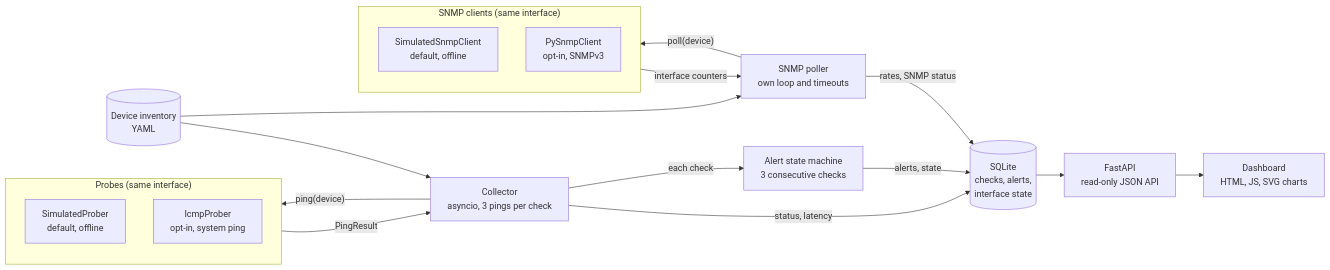
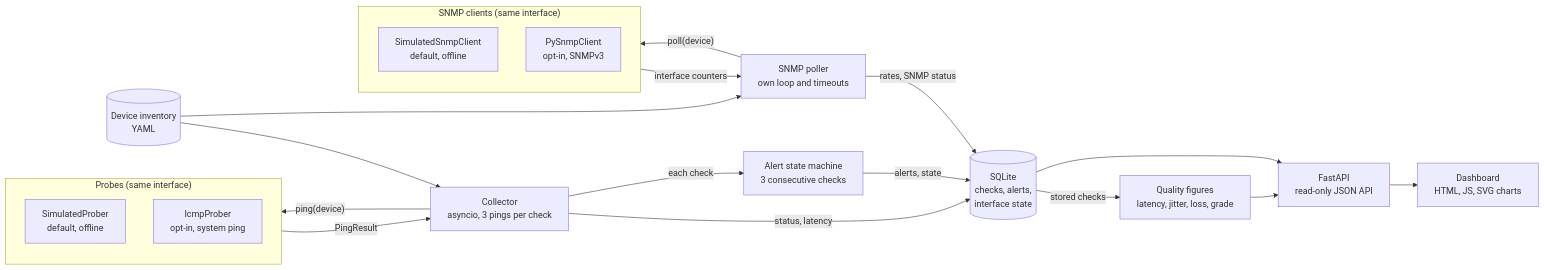
One commit to ImLukeRT/NetMonLT-Network-Monitoring-Tool changed the diagram in README.md. Above: the diagram before and after it, drawn with Mermaid. The commit also changed other lines of this file and 14 other files, not shown here.

````diff
--- a/README.md
+++ b/README.md
@@ -84,23 +88,25 @@
 ```mermaid
 flowchart LR
     inv[("Device inventory<br/>YAML")] --> col
     subgraph probes["Probes (same interface)"]
         sim["SimulatedProber<br/>default, offline"]
         icmp["IcmpProber<br/>opt-in, system ping"]
     end
     inv --> snmp
     subgraph snmpc["SNMP clients (same interface)"]
         ssim["SimulatedSnmpClient<br/>default, offline"]
         spy["PySnmpClient<br/>opt-in, SNMPv3"]
     end
     col["Collector<br/>asyncio, 3 pings per check"] -->|"ping(device)"| probes
     probes -->|"PingResult"| col
     snmp["SNMP poller<br/>own loop and timeouts"] -->|"poll(device)"| snmpc
     snmpc -->|"interface counters"| snmp
     col -->|"status, latency"| db[("SQLite<br/>checks, alerts,<br/>interface state")]
     col -->|"each check"| alert["Alert state machine<br/>3 consecutive checks"]
     alert -->|"alerts, state"| db
     snmp -->|"rates, SNMP status"| db
+    db -->|"stored checks"| qual["Quality figures<br/>latency, jitter, loss, grade"]
+    qual --> api
     db --> api["FastAPI<br/>read-only JSON API"]
     api --> ui["Dashboard<br/>HTML, JS, SVG charts"]
 ```
````
